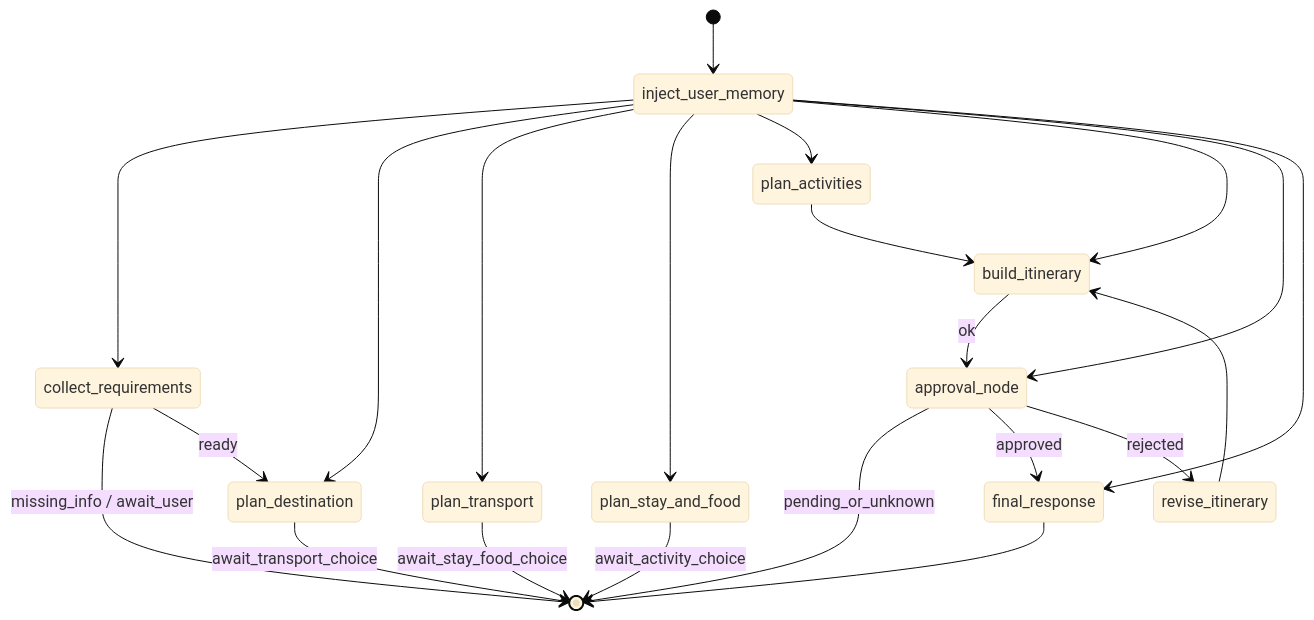
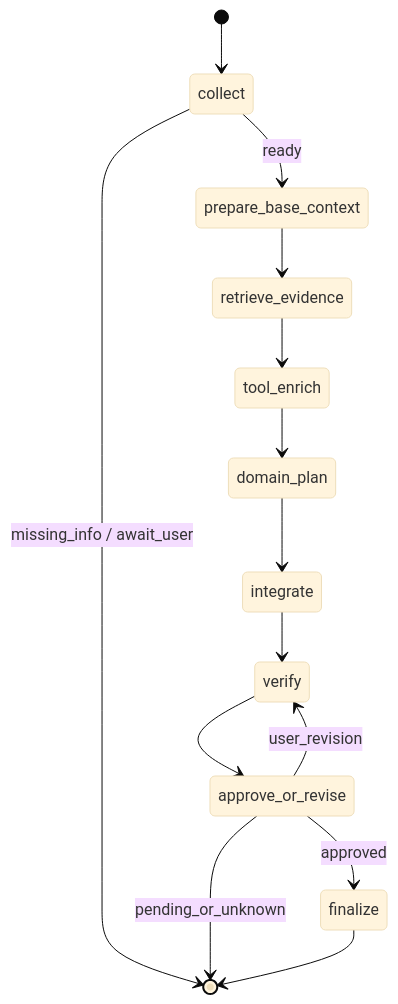
The second of 3 diagrams in docs/architecture.md (TheFool-yiqi/travel_agent), drawn with Mermaid (base theme) before and after one commit. The commit also changed other lines of this file and 52 other files, not shown here.

First line of the commit message:
refactor(runtime): retire LangGraph orchestration and graph-only paths

````diff
--- a/docs/architecture.md
+++ b/docs/architecture.md
@@ -205,24 +214,16 @@
 ```mermaid
 stateDiagram-v2
-    [*] --> inject_user_memory
-    inject_user_memory --> collect_requirements
-    inject_user_memory --> plan_destination
-    inject_user_memory --> plan_transport
-    inject_user_memory --> plan_stay_and_food
-    inject_user_memory --> plan_activities
-    inject_user_memory --> build_itinerary
-    inject_user_memory --> approval_node
-    inject_user_memory --> final_response
-    collect_requirements --> [*]: missing_info / await_user
-    collect_requirements --> plan_destination: ready
-    plan_destination --> [*]: await_transport_choice
-    plan_transport --> [*]: await_stay_food_choice
-    plan_stay_and_food --> [*]: await_activity_choice
-    plan_activities --> build_itinerary
-    build_itinerary --> approval_node: ok
-    approval_node --> [*]: pending_or_unknown
-    approval_node --> final_response: approved
-    approval_node --> revise_itinerary: rejected
-    revise_itinerary --> build_itinerary
-    final_response --> [*]
+    [*] --> collect
+    collect --> [*]: missing_info / await_user
+    collect --> prepare_base_context: ready
+    prepare_base_context --> retrieve_evidence
+    retrieve_evidence --> tool_enrich
+    tool_enrich --> domain_plan
+    domain_plan --> integrate
+    integrate --> verify
+    verify --> approve_or_revise
+    approve_or_revise --> [*]: pending_or_unknown
+    approve_or_revise --> finalize: approved
+    approve_or_revise --> verify: user_revision
+    finalize --> [*]
 ```
````
